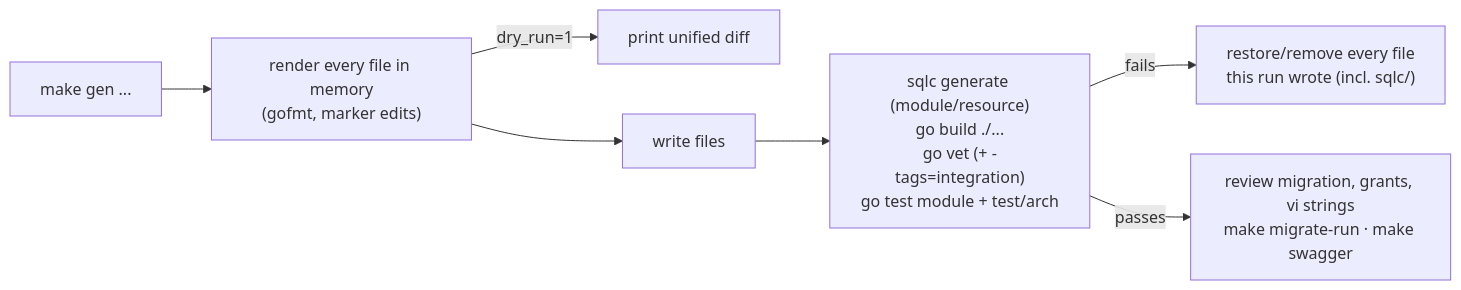
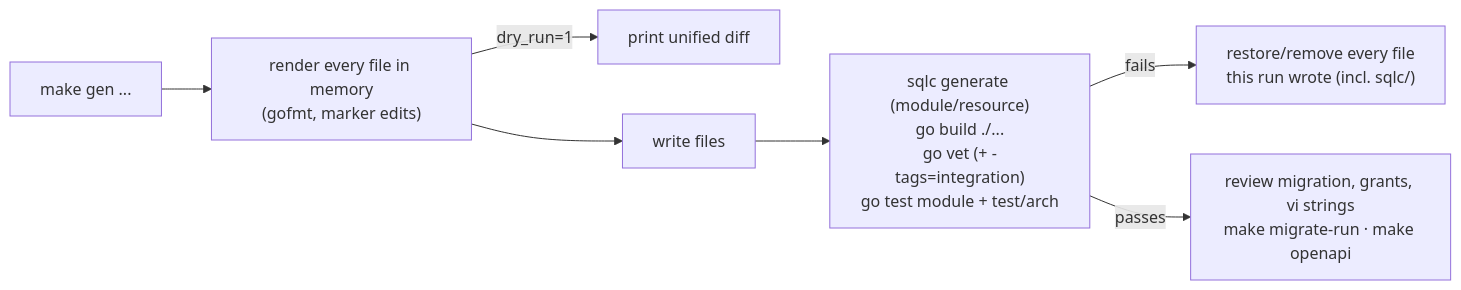
The first of 6 diagrams in docs/module-template.md (chuanghiduoc/fiber-golang-boilerplate), drawn with Mermaid before and after one commit. The commit also changed other lines of this file and 911 other files, not shown here.

````diff
--- a/docs/module-template.md
+++ b/docs/module-template.md
@@ -27,9 +27,9 @@
 ```mermaid
 flowchart LR
     A["make gen ..."] --> B["render every file in memory<br/>(gofmt, marker edits)"]
     B -- "dry_run=1" --> D["print unified diff"]
     B --> C["write files"]
     C --> E["sqlc generate (module/resource)<br/>go build ./...<br/>go vet (+ -tags=integration)<br/>go test module + test/arch"]
     E -- fails --> X["restore/remove every file<br/>this run wrote (incl. sqlc/)"]
-    E -- passes --> F["review migration, grants, vi strings<br/>make migrate-run · make swagger"]
+    E -- passes --> F["review migration, grants, vi strings<br/>make migrate-run · make openapi"]
 ```
````
